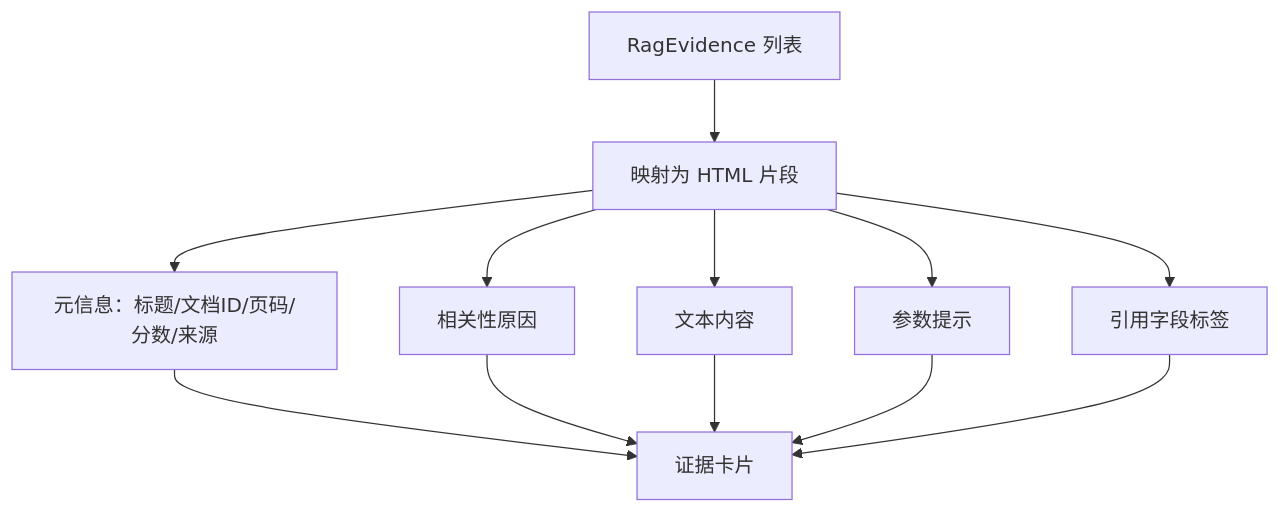
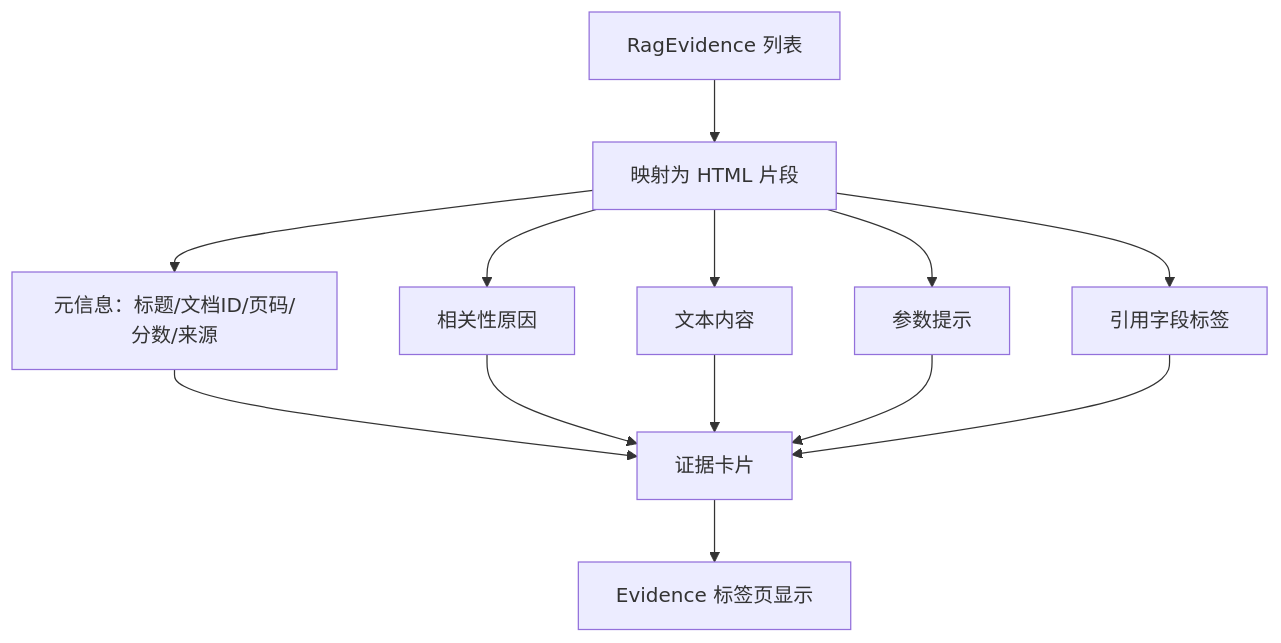
Before and after one commit to wsqstar/RoadGen3D: the seventh of 8 diagrams in .qoder/repowiki/zh/content/Web界面系统/工作台界面/知识检索面板.md, drawn with Mermaid. The commit also changed other lines of this file and 8 other files, not shown here.

````diff
--- a/.qoder/repowiki/zh/content/Web界面系统/工作台界面/知识检索面板.md
+++ b/.qoder/repowiki/zh/content/Web界面系统/工作台界面/知识检索面板.md
@@ -206,14 +307,15 @@
 ```mermaid
 flowchart TD
 Evidence["RagEvidence 列表"] --> Map["映射为 HTML 片段"]
 Map --> Meta["元信息：标题/文档ID/页码/分数/来源"]
 Map --> Reason["相关性原因"]
 Map --> Text["文本内容"]
 Map --> Hints["参数提示"]
 Map --> Tags["引用字段标签"]
 Meta --> Card["证据卡片"]
 Reason --> Card
 Text --> Card
 Hints --> Card
 Tags --> Card
+Card --> EvidencePanel["Evidence 标签页显示"]
 ```
````
